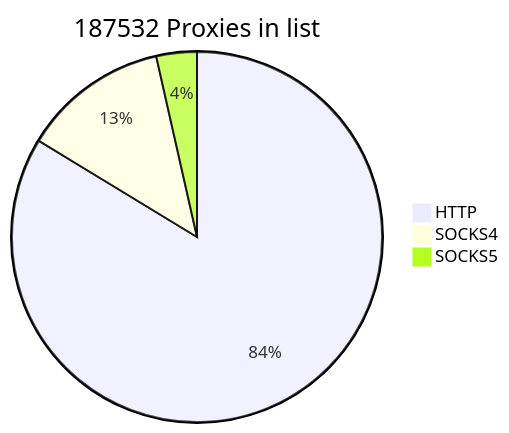
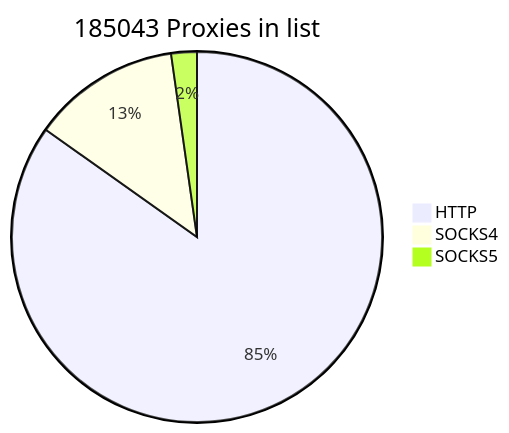
Before and after one commit to cutipu/proxylist: the first of 2 diagrams in README.md, drawn with Mermaid. The commit also changed other lines of this file, not shown here.

````diff
--- a/README.md
+++ b/README.md
@@ -2,7 +2,7 @@
 ```mermaid
-pie title 187532 Proxies in list
-    "HTTP" : 156957
-    "SOCKS4" : 23939
-    "SOCKS5" : 6636
+pie title 185043 Proxies in list
+    "HTTP" : 156955
+    "SOCKS4" : 23940
+    "SOCKS5" : 4148
             
 ```
````
